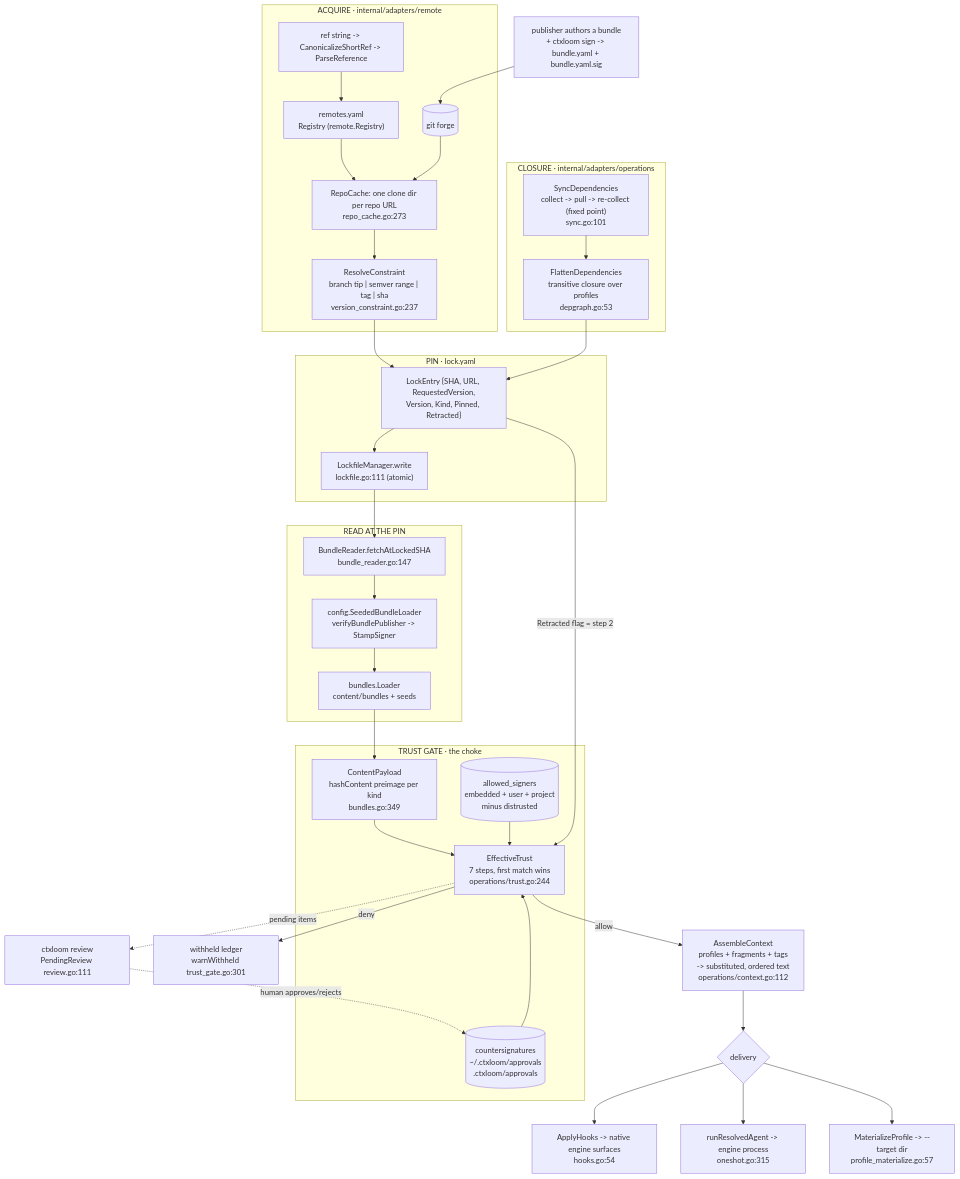
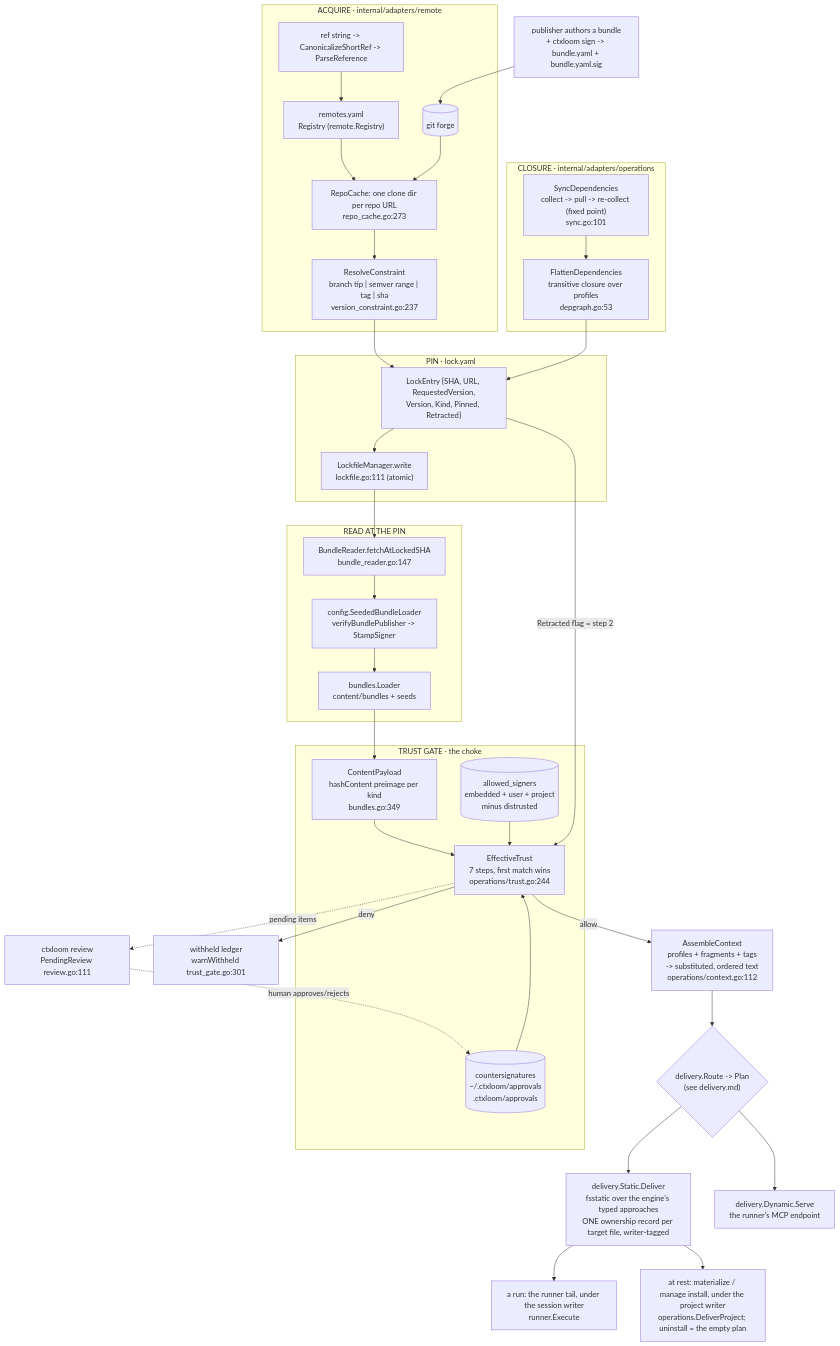
The diagram in docs/architecture/core/README.md (ctxloom/ctxloom), drawn with Mermaid before and after one commit. The commit also changed 3 other files, not shown here.

First line of the commit message:
fix(fsstatic): a file an approach writes OUTSIDE the target's roots is its own state (claude's MCP approach keeps a hew record under the home) — written through as written, never a delivered file the record owns

````diff
--- a/docs/architecture/core/README.md
+++ b/docs/architecture/core/README.md
@@ -33,56 +33,57 @@
 ```mermaid
 flowchart TD
     AUTHOR["publisher authors a bundle<br/>+ ctxloom sign -> bundle.yaml + bundle.yaml.sig"]
     AUTHOR --> FORGE[("git forge")]
 
     subgraph acquire["ACQUIRE · internal/adapters/remote"]
         REG["remotes.yaml<br/>Registry (remote.Registry)"]
         REF["ref string -> CanonicalizeShortRef -> ParseReference"]
         CACHE["RepoCache: one clone dir per repo URL<br/>repo_cache.go:273"]
         RESOLVE["ResolveConstraint<br/>branch tip | semver range | tag | sha<br/>version_constraint.go:237"]
         REF --> REG --> CACHE
         FORGE --> CACHE
         CACHE --> RESOLVE
     end
 
     subgraph pin["PIN · lock.yaml"]
         LOCK["LockEntry {SHA, URL, RequestedVersion,<br/>Version, Kind, Pinned, Retracted}"]
         WRITE["LockfileManager.write<br/>lockfile.go:111 (atomic)"]
         RESOLVE --> LOCK --> WRITE
     end
 
     subgraph closure["CLOSURE · internal/adapters/operations"]
         SYNC["SyncDependencies<br/>collect -> pull -> re-collect (fixed point)<br/>sync.go:101"]
         FLAT["FlattenDependencies<br/>transitive closure over profiles<br/>depgraph.go:53"]
         SYNC --> FLAT --> LOCK
     end
 
     subgraph read["READ AT THE PIN"]
         BR["BundleReader.fetchAtLockedSHA<br/>bundle_reader.go:147"]
         SEED["config.SeededBundleLoader<br/>verifyBundlePublisher -> StampSigner"]
         LOADER["bundles.Loader<br/>content/bundles + seeds"]
         WRITE --> BR --> SEED --> LOADER
     end
 
     subgraph gate["TRUST GATE · the choke"]
         PAY["ContentPayload<br/>hashContent preimage per kind<br/>bundles.go:349"]
         ET["EffectiveTrust<br/>7 steps, first match wins<br/>operations/trust.go:244"]
         RECS[("countersignatures<br/>~/.ctxloom/approvals<br/>.ctxloom/approvals")]
         ROOT[("allowed_signers<br/>embedded + user + project<br/>minus distrusted")]
         LOADER --> PAY --> ET
         RECS --> ET
         ROOT --> ET
         LOCK -->|"Retracted flag = step 2"| ET
     end
 
     ET -->|deny| HELD["withheld ledger<br/>warnWithheld trust_gate.go:301"]
     ET -->|allow| ASM["AssembleContext<br/>profiles + fragments + tags<br/>-> substituted, ordered text<br/>operations/context.go:112"]
 
-    ASM --> DELIVER{"delivery"}
-    DELIVER --> APPLY["ApplyHooks -> native engine surfaces<br/>hooks.go:54"]
-    DELIVER --> RUN["runResolvedAgent -> engine process<br/>oneshot.go:315"]
-    DELIVER --> MAT["MaterializeProfile -> --target dir<br/>profile_materialize.go:57"]
+    ASM --> DELIVER{"delivery.Route -> Plan<br/>(see delivery.md)"}
+    DELIVER --> STATIC["delivery.Static.Deliver<br/>fsstatic over the engine's typed approaches<br/>ONE ownership record per target file, writer-tagged"]
+    STATIC --> RUN["a run: the runner tail, under the session writer<br/>runner.Execute"]
+    STATIC --> MAT["at rest: materialize / manage install, under the project writer<br/>operations.DeliverProject; uninstall = the empty plan"]
+    DELIVER --> DYN["delivery.Dynamic.Serve<br/>the runner's MCP endpoint"]
 
     REVIEW["ctxloom review<br/>PendingReview review.go:111"] -.->|"human approves/rejects"| RECS
     ET -.->|"pending items"| REVIEW
 ```
````
